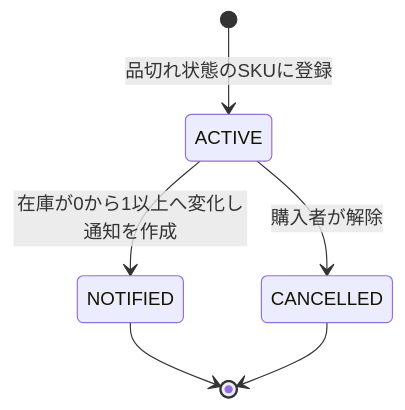
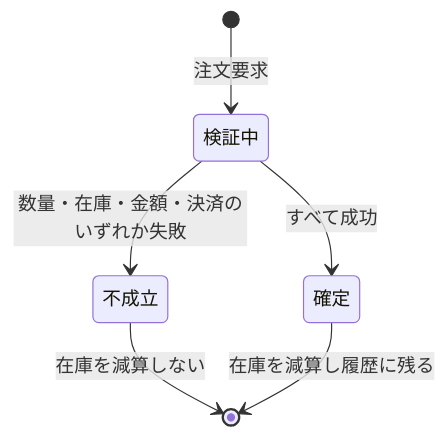
Before and after one commit to Nagaoka122/tech0-lv3-ec: diagram 11 of 11 in 設計仕様書.md, drawn with Mermaid. The commit also changed other lines of this file and 3 other files, not shown here.

````diff
--- a/設計仕様書.md
+++ b/設計仕様書.md
@@ -615,8 +691,8 @@
 ```mermaid
 stateDiagram-v2
-    [*] --> ACTIVE : 品切れ状態のSKUに登録
-    ACTIVE --> NOTIFIED : 在庫が0から1以上へ変化し通知を作成
-    ACTIVE --> CANCELLED : 購入者が解除
-    NOTIFIED --> [*]
-    CANCELLED --> [*]
+    [*] --> 検証中 : 注文要求
+    検証中 --> 不成立 : 数量・在庫・金額・決済のいずれか失敗
+    検証中 --> 確定 : すべて成功
+    不成立 --> [*] : 在庫を減算しない
+    確定 --> [*] : 在庫を減算し履歴に残る
 ```
````
